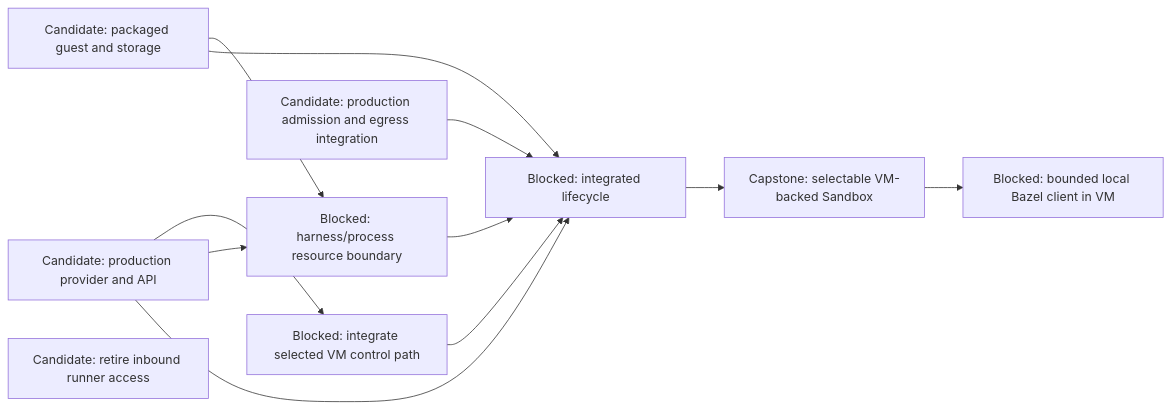
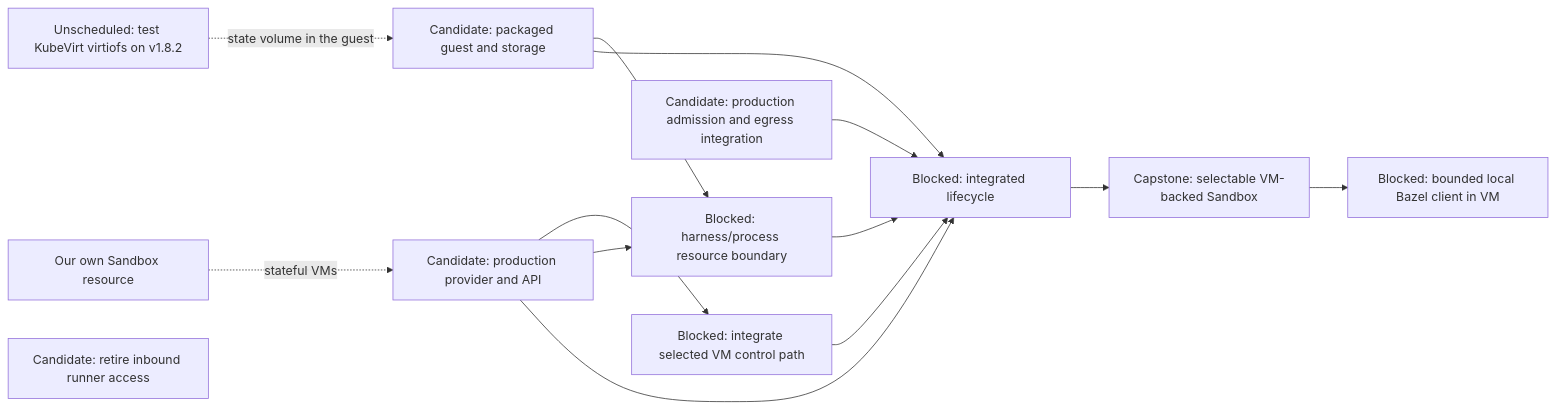
The sixth of 14 diagrams in agentplane/plans/task_dag.md (agentydragon-agent/ducktape), drawn with Mermaid before and after one commit. The commit also changed other lines of this file, not shown here.

First line of the commit message:
agentplane/plans: bring the task DAG up to date (#10112)

````diff
--- a/agentplane/plans/task_dag.md
+++ b/agentplane/plans/task_dag.md
@@ -333,20 +339,24 @@
 ```mermaid
 flowchart LR
     VM_CONTROL_NETWORKING[Blocked: integrate selected VM control path]
     VM_IMAGE[Candidate: packaged guest and storage]
     VM_PROVIDER[Candidate: production provider and API]
+    VM_VIRTIOFS[Unscheduled: test KubeVirt virtiofs on v1.8.2]
+    AGENTPLANE_SANDBOX_RESOURCE[Our own Sandbox resource]
     VM_EGRESS[Candidate: production admission and egress integration]
     VM_PROCESS_ISOLATION[Blocked: harness/process resource boundary]
     VM_LIFECYCLE[Blocked: integrated lifecycle]
     RUNNER_INBOUND_RETIRE[Candidate: retire inbound runner access]
     VM_PROVIDER --> VM_CONTROL_NETWORKING
+    AGENTPLANE_SANDBOX_RESOURCE -. stateful VMs .-> VM_PROVIDER
+    VM_VIRTIOFS -. state volume in the guest .-> VM_IMAGE
     VM_CONTROL_NETWORKING --> VM_LIFECYCLE
     VM_IMAGE --> VM_PROCESS_ISOLATION
     VM_PROVIDER --> VM_PROCESS_ISOLATION
     VM_IMAGE --> VM_LIFECYCLE
     VM_PROVIDER --> VM_LIFECYCLE
     VM_EGRESS --> VM_LIFECYCLE
     VM_PROCESS_ISOLATION --> VM_LIFECYCLE
     VM_LIFECYCLE --> SANDBOX_VM_ISOLATION[Capstone: selectable VM-backed Sandbox]
     SANDBOX_VM_ISOLATION --> LOCAL_BAZEL[Blocked: bounded local Bazel client in VM]
 ```
````
